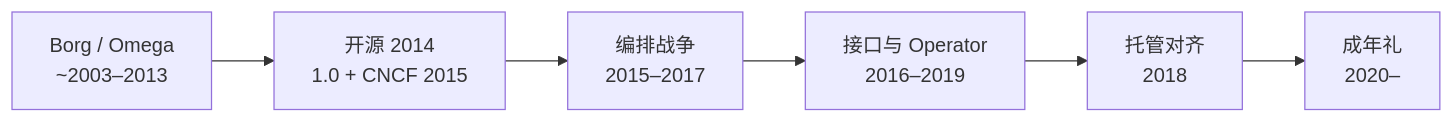
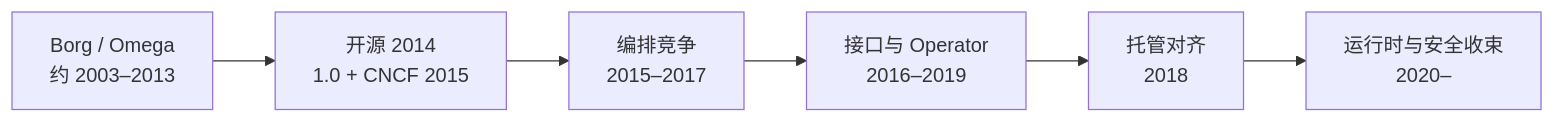
The second of 4 diagrams in 20-architecture/23-kubernetes-control-plane-doctrine.md (xiaxinyu/knowledge_base), drawn with Mermaid before and after one commit. The commit also changed other lines of this file, not shown here.

````diff
--- a/20-architecture/23-kubernetes-control-plane-doctrine.md
+++ b/20-architecture/23-kubernetes-control-plane-doctrine.md
@@ -109,9 +90,9 @@
 ```mermaid
-%% K8s 谱系：内部经验 → 开源治理 → 编排战争 → 接口锁定 → 托管对齐
+%% K8s 谱系：内部经验 → 开源治理 → 编排竞争 → 接口锁定 → 托管对齐
 flowchart LR
-  Borg["Borg / Omega<br/>~2003–2013"] --> OSS["开源 2014<br/>1.0 + CNCF 2015"]
-  OSS --> War["编排战争<br/>2015–2017"]
+  Borg["Borg / Omega<br/>约 2003–2013"] --> OSS["开源 2014<br/>1.0 + CNCF 2015"]
+  OSS --> War["编排竞争<br/>2015–2017"]
   War --> Ext["接口与 Operator<br/>2016–2019"]
   Ext --> Cloud["托管对齐<br/>2018"]
-  Cloud --> Adult["成年礼<br/>2020–"]
+  Cloud --> Adult["运行时与安全收束<br/>2020–"]
 ```
````
